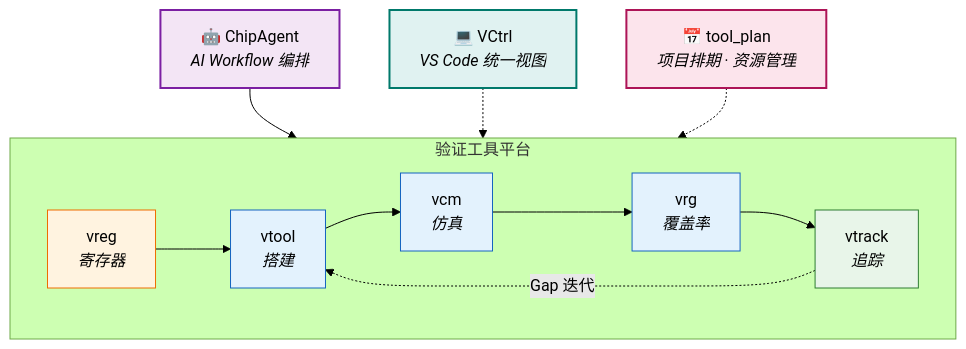
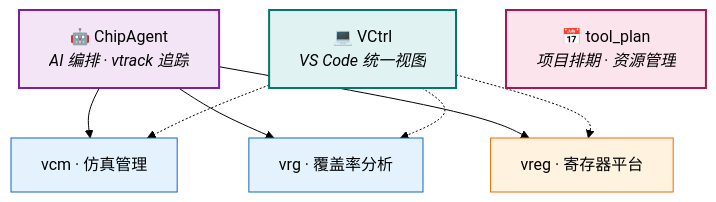
Before and after one commit to Johnmc104/Johnmc104: the second of 3 diagrams in README.md, drawn with Mermaid (forest theme). The commit also changed other lines of this file, not shown here.

````diff
--- a/README.md
+++ b/README.md
@@ -100,32 +100,21 @@
 ```mermaid
 flowchart TD
-    CA["🤖 ChipAgent<br/><i>AI Workflow 编排</i>"]:::agent
+    CA["🤖 ChipAgent<br/><i>AI 编排 · vtrack 追踪</i>"]:::agent
 
-    CA --> Platform
-
-    subgraph Platform["验证工具平台"]
-        direction LR
-        vreg["vreg<br/><i>寄存器</i>"]:::reg
-        vtool["vtool<br/><i>搭建</i>"]:::tool
-        vcm["vcm<br/><i>仿真</i>"]:::tool
-        vrg["vrg<br/><i>覆盖率</i>"]:::tool
-        vtrack["vtrack<br/><i>追踪</i>"]:::track
-
-        vreg --> vtool --> vcm --> vrg --> vtrack
-    end
+    CA --> vcm["vcm · 仿真管理"]:::tool
+    CA --> vrg["vrg · 覆盖率分析"]:::tool
+    CA --> vreg["vreg · 寄存器平台"]:::reg
 
     vctrl["💻 VCtrl<br/><i>VS Code 统一视图</i>"]:::gui
     tplan["📅 tool_plan<br/><i>项目排期 · 资源管理</i>"]:::plan
 
-    vctrl -.-> Platform
-    tplan -.-> Platform
-
-    vtrack -. "Gap 迭代" .-> vtool
+    vctrl -.-> vcm
+    vctrl -.-> vrg
+    vctrl -.-> vreg
 
     classDef agent fill:#f3e5f5,stroke:#7b1fa2,stroke-width:2px,color:#000
     classDef reg fill:#fff3e0,stroke:#ef6c00,color:#000
     classDef tool fill:#e3f2fd,stroke:#1565c0,color:#000
-    classDef track fill:#e8f5e9,stroke:#2e7d32,color:#000
     classDef gui fill:#e0f2f1,stroke:#00796b,stroke-width:2px,color:#000
     classDef plan fill:#fce4ec,stroke:#ad1457,stroke-width:2px,color:#000
 ```
````
